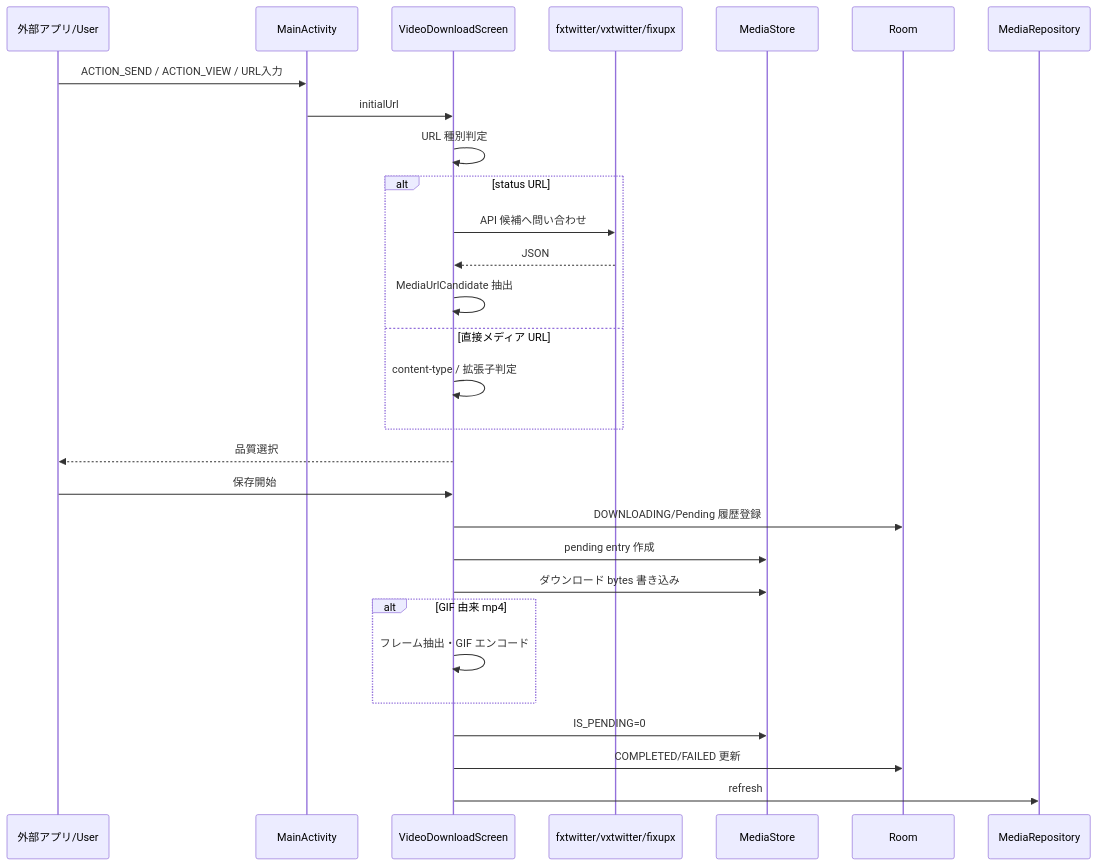
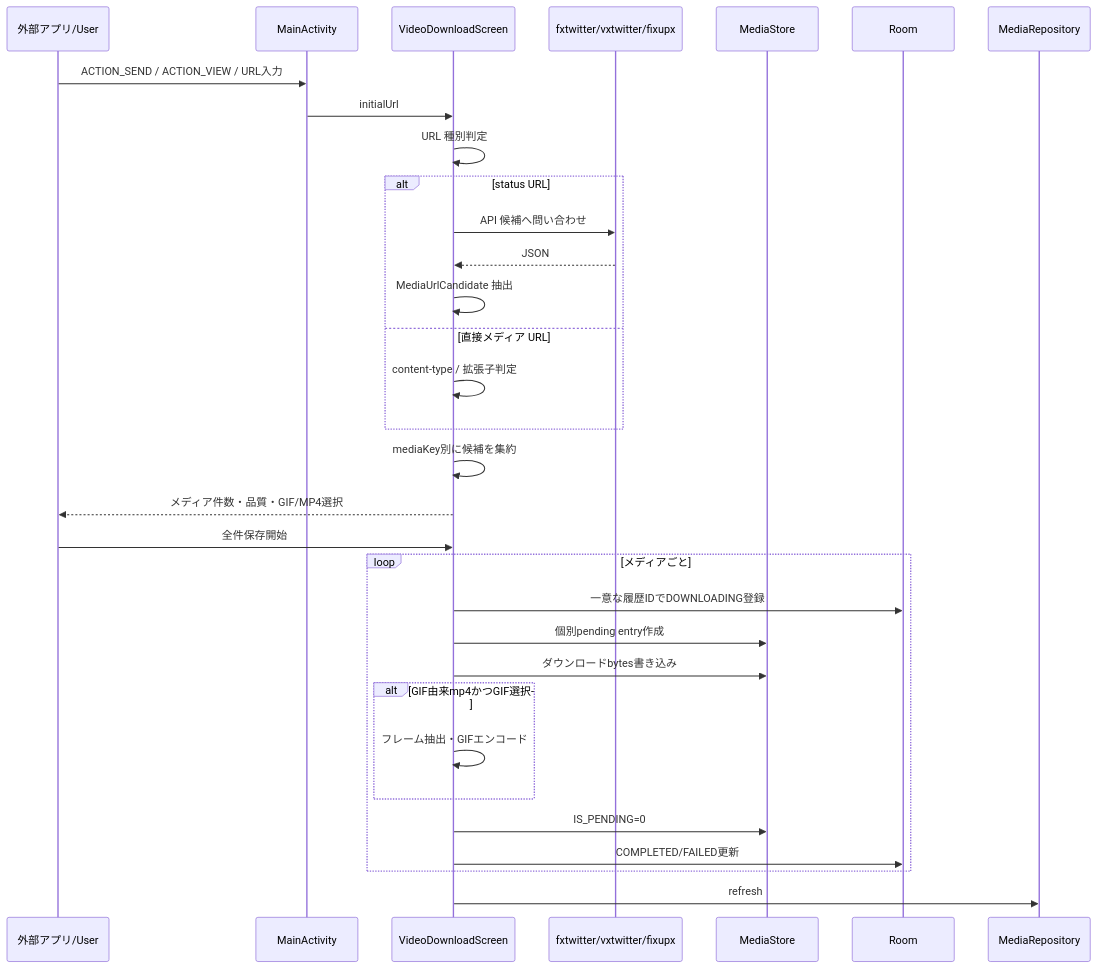
The fourth of 4 diagrams in docs/detail_design/05_x_downloader.md (Ksan1333/Gallery), drawn with Mermaid before and after one commit. The commit also changed other lines of this file and 91 other files, not shown here.

````diff
--- a/docs/detail_design/05_x_downloader.md
+++ b/docs/detail_design/05_x_downloader.md
@@ -132,32 +135,35 @@
 ```mermaid
 sequenceDiagram
     participant External as 外部アプリ/User
     participant Main as MainActivity
     participant Screen as VideoDownloadScreen
     participant API as fxtwitter/vxtwitter/fixupx
     participant Store as MediaStore
     participant DB as Room
     participant Repo as MediaRepository
 
     External->>Main: ACTION_SEND / ACTION_VIEW / URL入力
     Main->>Screen: initialUrl
     Screen->>Screen: URL 種別判定
     alt status URL
         Screen->>API: API 候補へ問い合わせ
         API-->>Screen: JSON
         Screen->>Screen: MediaUrlCandidate 抽出
     else 直接メディア URL
         Screen->>Screen: content-type / 拡張子判定
     end
-    Screen-->>External: 品質選択
-    External->>Screen: 保存開始
-    Screen->>DB: DOWNLOADING/Pending 履歴登録
-    Screen->>Store: pending entry 作成
-    Screen->>Store: ダウンロード bytes 書き込み
-    alt GIF 由来 mp4
-        Screen->>Screen: フレーム抽出・GIF エンコード
+    Screen->>Screen: mediaKey別に候補を集約
+    Screen-->>External: メディア件数・品質・GIF/MP4選択
+    External->>Screen: 全件保存開始
+    loop メディアごと
+        Screen->>DB: 一意な履歴IDでDOWNLOADING登録
+        Screen->>Store: 個別pending entry作成
+        Screen->>Store: ダウンロードbytes書き込み
+        alt GIF由来mp4かつGIF選択
+            Screen->>Screen: フレーム抽出・GIFエンコード
+        end
+        Screen->>Store: IS_PENDING=0
+        Screen->>DB: COMPLETED/FAILED更新
     end
-    Screen->>Store: IS_PENDING=0
-    Screen->>DB: COMPLETED/FAILED 更新
     Screen->>Repo: refresh
 ```
````
